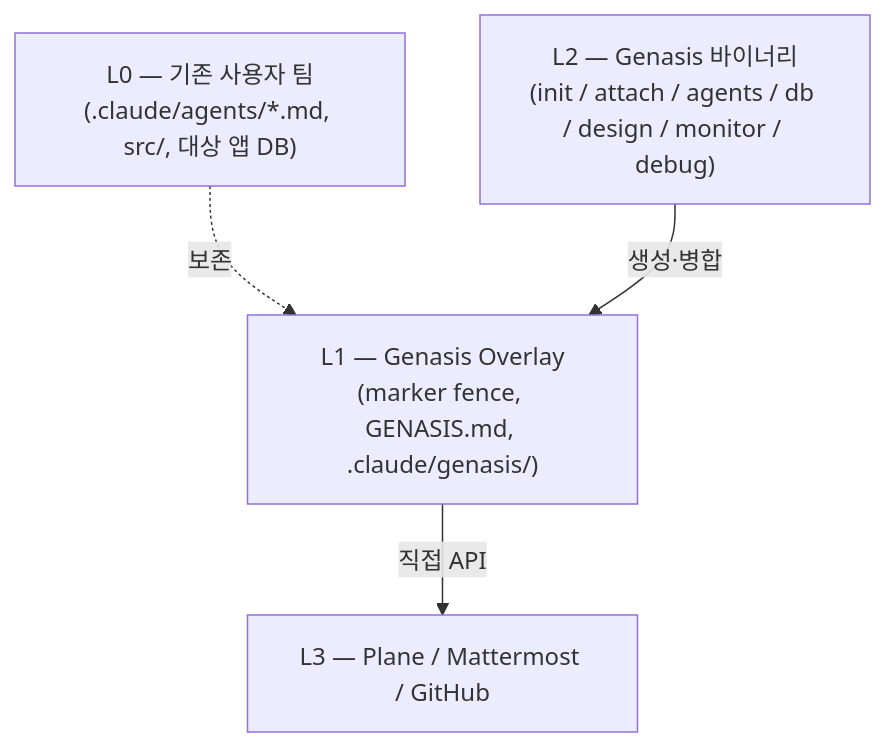
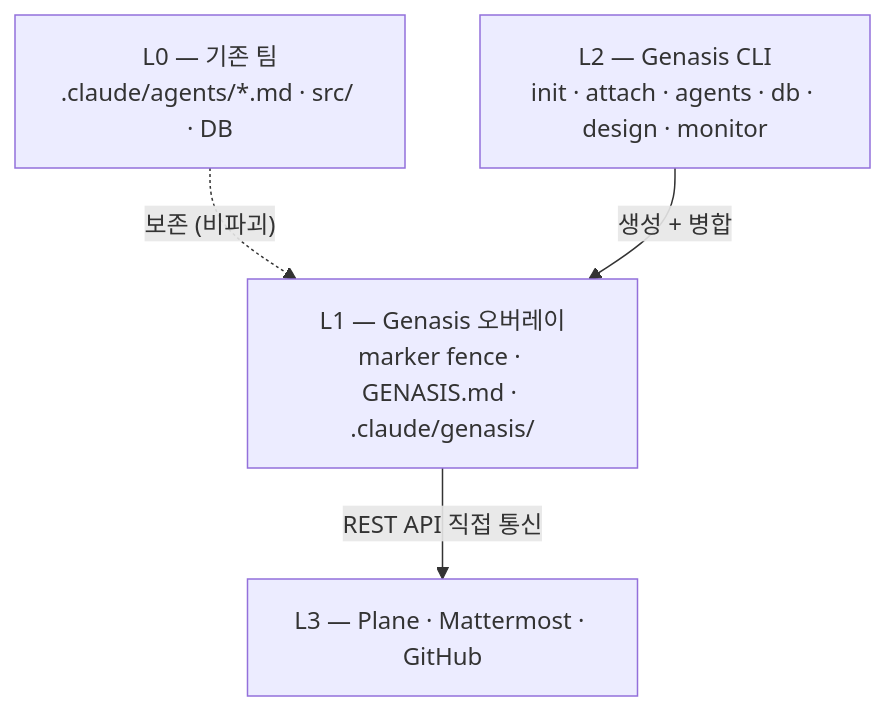
Before and after one commit to claude-genasis/genasis: the second of 2 diagrams in README.ko.md, drawn with Mermaid. The commit also changed other lines of this file and 2 other files, not shown here.

````diff
--- a/README.ko.md
+++ b/README.ko.md
@@ -206,10 +136,10 @@
 ```mermaid
 flowchart TB
-  L0["L0 — 기존 사용자 팀<br/>(.claude/agents/*.md, src/, 대상 앱 DB)"]
-  L1["L1 — Genasis Overlay<br/>(marker fence, GENASIS.md, .claude/genasis/)"]
-  L2["L2 — Genasis 바이너리<br/>(init / attach / agents / db / design / monitor / debug)"]
-  L3["L3 — Plane / Mattermost / GitHub"]
-  L0 -. 보존 .-> L1
-  L2 -- 생성·병합 --> L1
-  L1 -- 직접 API --> L3
+  L0["L0 — 기존 팀<br/>.claude/agents/*.md · src/ · DB"]
+  L1["L1 — Genasis 오버레이<br/>marker fence · GENASIS.md · .claude/genasis/"]
+  L2["L2 — Genasis CLI<br/>init · attach · agents · db · design · monitor"]
+  L3["L3 — Plane · Mattermost · GitHub"]
+  L0 -. "보존 (비파괴)" .-> L1
+  L2 -- "생성 + 병합" --> L1
+  L1 -- "REST API 직접 통신" --> L3
 ```
````
